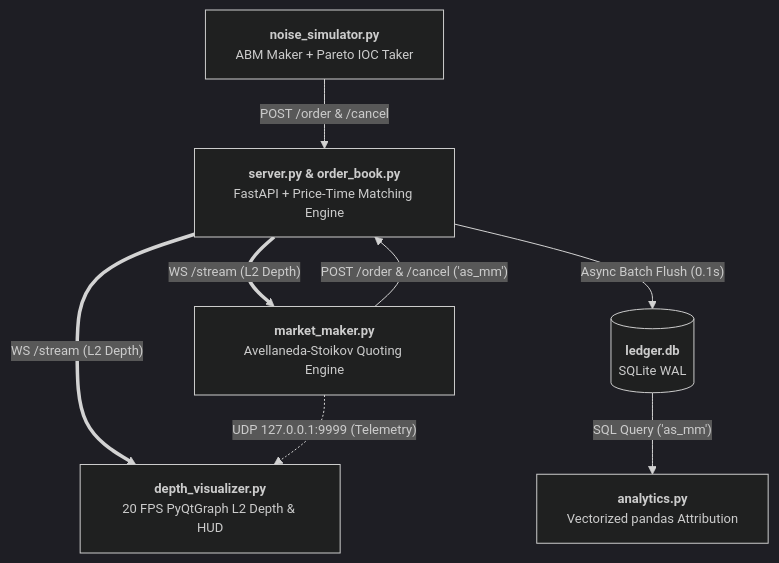
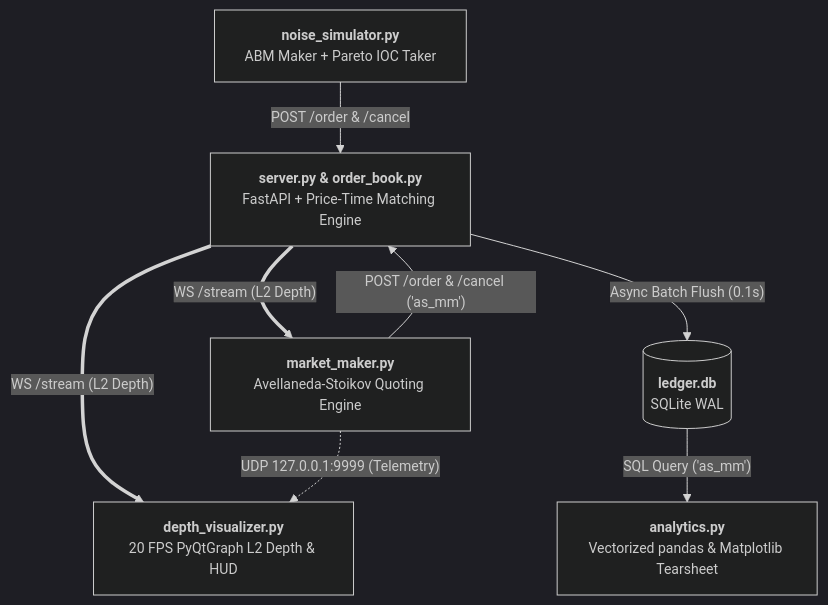
The diagram in README.md (Romi071/avellaneda-stoikov-mm), drawn with Mermaid before and after one commit. The commit also changed other lines of this file, not shown here.

````diff
--- a/README.md
+++ b/README.md
@@ -32,18 +33,18 @@
 ```mermaid
-%%{init: {'theme': 'dark', 'themeVariables': {'fontSize': '13px', 'fontFamily': 'Consolas, monospace'}, 'flowchart': {'nodeSpacing': 45, 'rankSpacing': 50, 'padding': 15}}}%%
+%%{init: {'theme': 'dark', 'themeVariables': {'fontSize': '14px', 'fontFamily': 'Consolas, monospace'}, 'flowchart': {'nodeSpacing': 45, 'rankSpacing': 50, 'padding': 15}}}%%
 flowchart TD
     SIM["<b>noise_simulator.py</b><br/>ABM Maker + Pareto IOC Taker"]
     LOB["<b>server.py & order_book.py</b><br/>FastAPI + Price-Time Matching Engine"]
     MM["<b>market_maker.py</b><br/>Avellaneda-Stoikov Quoting Engine"]
     GUI["<b>depth_visualizer.py</b><br/>20 FPS PyQtGraph L2 Depth & HUD"]
     DB[("<b>ledger.db</b><br/>SQLite WAL")]
-    ANA["<b>analytics.py</b><br/>Vectorized pandas Attribution"]
+    ANA["<b>analytics.py</b><br/>Vectorized pandas & Matplotlib Tearsheet"]
 
     SIM -->|"POST /order & /cancel"| LOB
     LOB ==>|"WS /stream (L2 Depth)"| MM
     MM -->|"POST /order & /cancel ('as_mm')"| LOB
     LOB ==>|"WS /stream (L2 Depth)"| GUI
     MM -.->|"UDP 127.0.0.1:9999 (Telemetry)"| GUI
     LOB -->|"Async Batch Flush (0.1s)"| DB
     DB -->|"SQL Query ('as_mm')"| ANA
 ```
````
